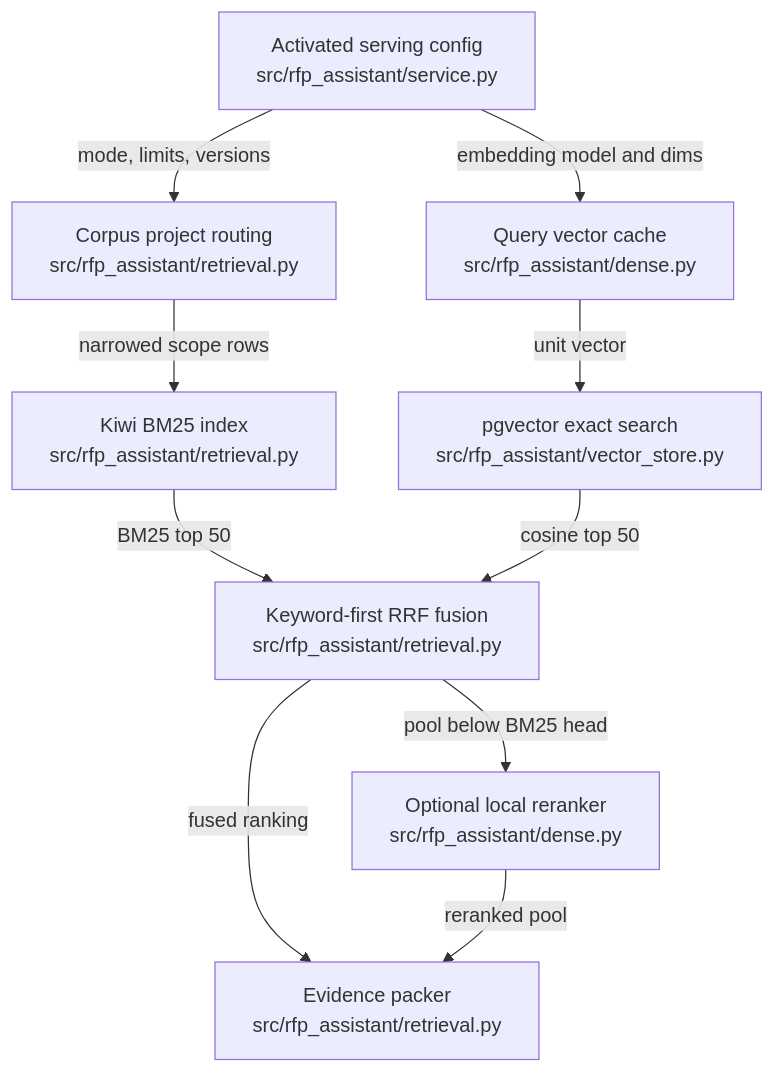
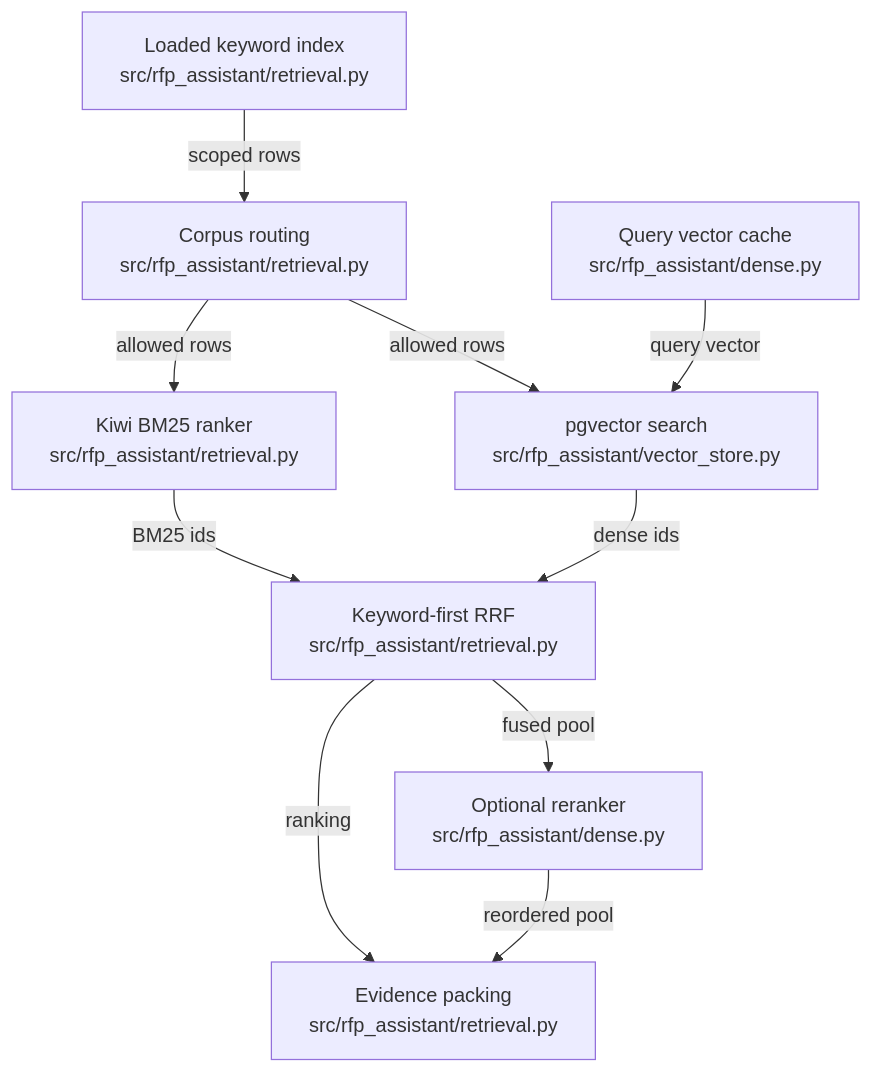
One commit to littleeeeebit/project-codeit-mid changed the diagram in .omm/overall-architecture/retrieval-engine/diagram.mmd. Above: the diagram before and after it, drawn with Mermaid. The commit also changed 314 other files, not shown here.

Commit message:
Refresh wiki and architecture before merge

```diff
--- a/.omm/overall-architecture/retrieval-engine/diagram.mmd
+++ b/.omm/overall-architecture/retrieval-engine/diagram.mmd
@@ -1,18 +1,10 @@
 graph TD
-  servingConfig["Activated serving config\nsrc/rfp_assistant/service.py"]
-  corpusRouter["Corpus project routing\nsrc/rfp_assistant/retrieval.py"]
-  keywordIndex["Kiwi BM25 index\nsrc/rfp_assistant/retrieval.py"]
-  queryVector["Query vector cache\nsrc/rfp_assistant/dense.py"]
-  denseSearch["pgvector exact search\nsrc/rfp_assistant/vector_store.py"]
-  fusion["Keyword-first RRF fusion\nsrc/rfp_assistant/retrieval.py"]
-  reranker["Optional local reranker\nsrc/rfp_assistant/dense.py"]
-  packer["Evidence packer\nsrc/rfp_assistant/retrieval.py"]
-  servingConfig -->|mode, limits, versions| corpusRouter
-  corpusRouter -->|narrowed scope rows| keywordIndex
-  servingConfig -->|embedding model and dims| queryVector
-  queryVector -->|unit vector| denseSearch
-  keywordIndex -->|BM25 top 50| fusion
-  denseSearch -->|cosine top 50| fusion
-  fusion -->|pool below BM25 head| reranker
-  fusion -->|fused ranking| packer
-  reranker -->|reranked pool| packer
+  keyword-index["Loaded keyword index\nsrc/rfp_assistant/retrieval.py"] -->|"scoped rows"| corpus-router["Corpus routing\nsrc/rfp_assistant/retrieval.py"]
+  corpus-router -->|"allowed rows"| lexical-ranker["Kiwi BM25 ranker\nsrc/rfp_assistant/retrieval.py"]
+  corpus-router -->|"allowed rows"| dense-search["pgvector search\nsrc/rfp_assistant/vector_store.py"]
+  query-embedding["Query vector cache\nsrc/rfp_assistant/dense.py"] -->|"query vector"| dense-search
+  lexical-ranker -->|"BM25 ids"| rank-fusion["Keyword-first RRF\nsrc/rfp_assistant/retrieval.py"]
+  dense-search -->|"dense ids"| rank-fusion
+  rank-fusion -->|"fused pool"| local-reranker["Optional reranker\nsrc/rfp_assistant/dense.py"]
+  rank-fusion -->|"ranking"| evidence-packer["Evidence packing\nsrc/rfp_assistant/retrieval.py"]
+  local-reranker -->|"reordered pool"| evidence-packer
```
